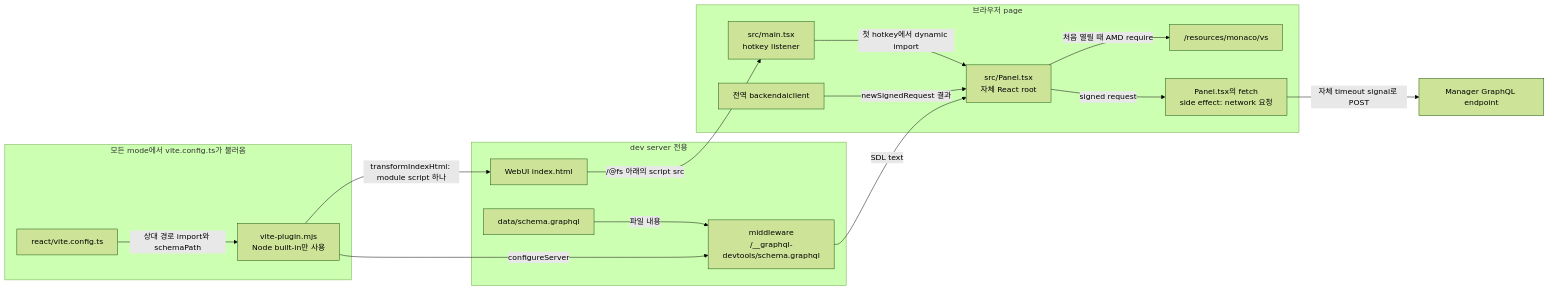
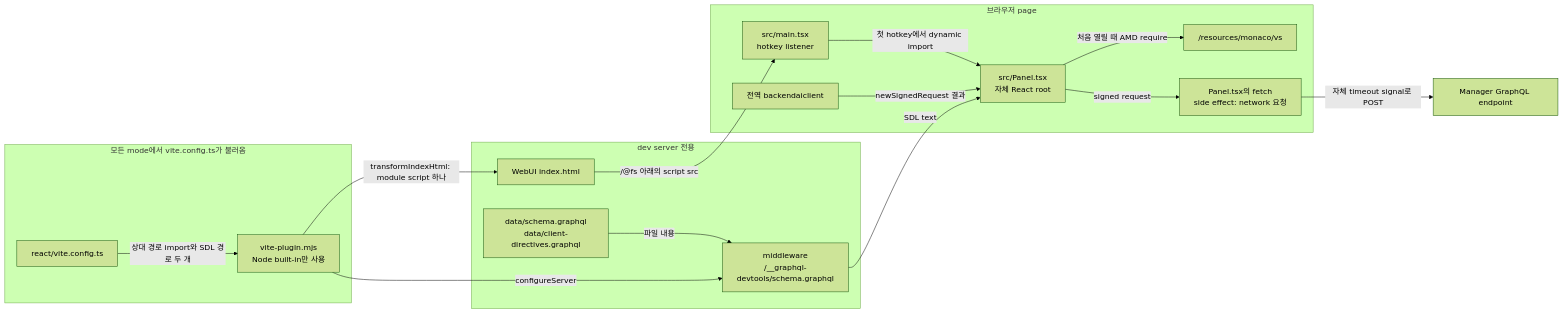
The diagram in docs/adr/0028-dev-only-tools-as-vite-plugin-packages.ko.md (lablup/backend.ai-webui), drawn with Mermaid (forest theme) before and after one commit. The commit also changed other lines of this file and 5 other files, not shown here.

First line of the commit message:
feat(#10963): apply client directives in the GraphQL panel

````diff
--- a/docs/adr/0028-dev-only-tools-as-vite-plugin-packages.ko.md
+++ b/docs/adr/0028-dev-only-tools-as-vite-plugin-packages.ko.md
@@ -23,31 +23,31 @@
 ```mermaid
 flowchart LR
   subgraph build["모든 mode에서 vite.config.ts가 불러옴"]
     config["react/vite.config.ts"]
     plugin["vite-plugin.mjs<br/>Node built-in만 사용"]
   end
   subgraph serve["dev server 전용"]
     html["WebUI index.html"]
     schema["middleware<br/>/__graphql-devtools/schema.graphql"]
-    sdl["data/schema.graphql"]
+    sdl["data/schema.graphql<br/>data/client-directives.graphql"]
   end
   subgraph page["브라우저 page"]
     main["src/main.tsx<br/>hotkey listener"]
     panel["src/Panel.tsx<br/>자체 React root"]
     runtime["/resources/monaco/vs"]
     client["전역 backendaiclient"]
     fetcher["Panel.tsx의 fetch<br/>side effect: network 요청"]
   end
   manager["Manager GraphQL endpoint"]
-  config -- "상대 경로 import와 schemaPath" --> plugin
+  config -- "상대 경로 import와 SDL 경로 두 개" --> plugin
   plugin -- "transformIndexHtml: module script 하나" --> html
   plugin -- "configureServer" --> schema
   sdl -- "파일 내용" --> schema
   html -- "/@fs 아래의 script src" --> main
   main -- "첫 hotkey에서 dynamic import" --> panel
   panel -- "처음 열릴 때 AMD require" --> runtime
   schema -- "SDL text" --> panel
   client -- "newSignedRequest 결과" --> panel
   panel -- "signed request" --> fetcher
   fetcher -- "자체 timeout signal로 POST" --> manager
 ```
````
